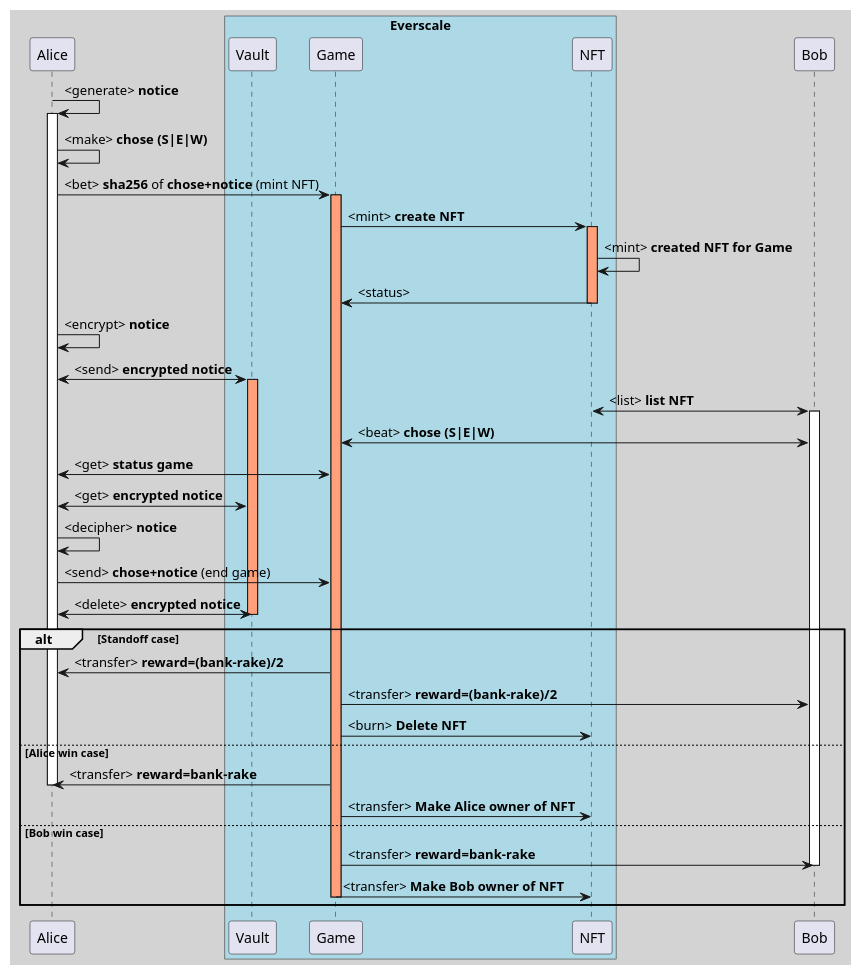
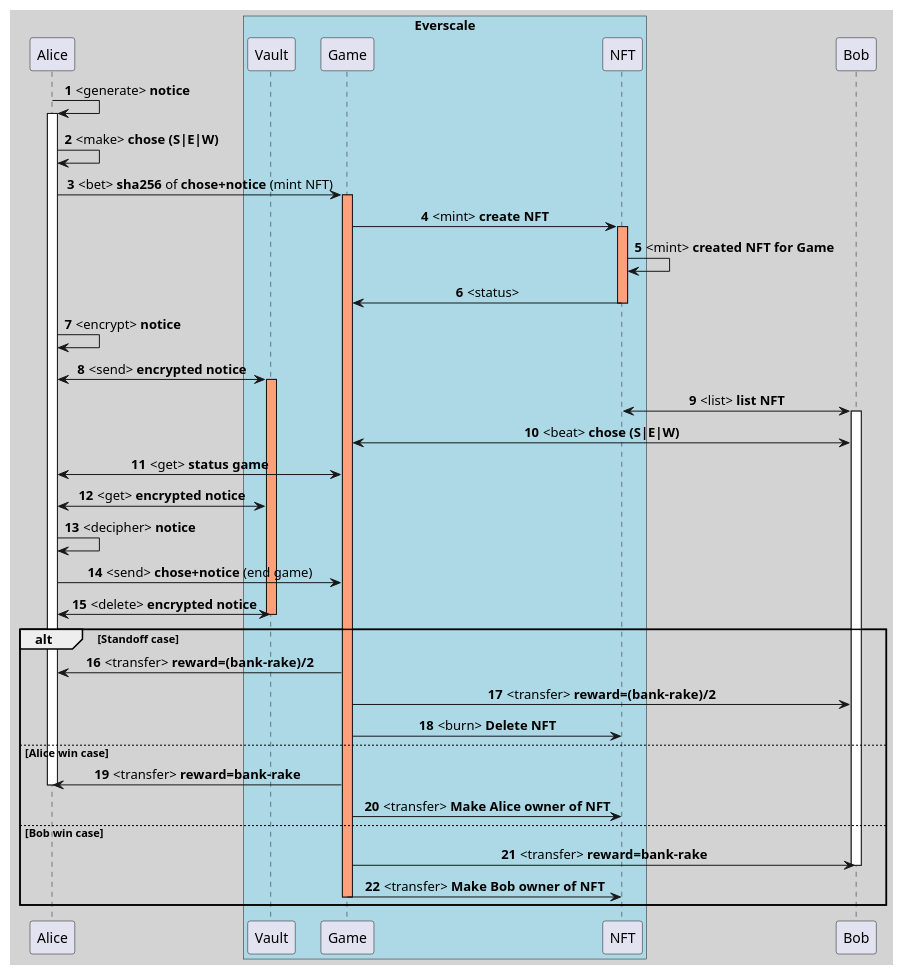
One commit to thanhlmm/Everscale-SEW changed the diagram in feature/flow.puml. Above: the diagram before and after it, drawn with PlantUML. The commit also changed 1 other file, not shown here.

```diff
--- a/feature/flow.puml
+++ b/feature/flow.puml
@@ -1,53 +1,56 @@
 @startuml
 skinparam shadowing false
 skinparam backgroundColor #LightGrey
 skinparam handwritten false
+skinparam sequenceMessageAlign center
+skinparam responseMessageBelowArrow true
+autonumber
 
 participant Alice
 
 box "Everscale" #LightBlue
 participant Vault
 participant Game
 participant NFT
 end box
 
 participant Bob
 
 Alice -> Alice: <generate> **notice**
 activate Alice
 Alice -> Alice: <make> **chose (S|E|W)**
 Alice -> Game: <bet> **sha256** of **chose+notice** (mint NFT)
 activate Game #LightSalmon
 Game -> NFT: <mint> **create NFT**
 activate NFT #LightSalmon
 NFT -> NFT: <mint> **created NFT for Game**
 NFT -> Game: <status>
 deactivate NFT
 Alice -> Alice: <encrypt> **notice**
 Alice <-> Vault: <send> **encrypted notice**
 activate Vault #LightSalmon
 Bob <-> NFT: <list> **list NFT**
 activate Bob
 Bob <-> Game: <beat> **chose (S|E|W)**
 Alice <-> Game: <get> **status game**
 
 Alice <-> Vault: <get> **encrypted notice**
 Alice -> Alice: <decipher> **notice**
 Alice -> Game: <send> **chose+notice** (end game)
 Alice <-> Vault: <delete> **encrypted notice**
 deactivate Vault
 alt Standoff case
     Game -> Alice: <transfer> **reward=(bank-rake)/2**
     Game -> Bob: <transfer> **reward=(bank-rake)/2**
     Game -> NFT: <burn> **Delete NFT**
 else Alice win case
     Game -> Alice: <transfer> **reward=bank-rake**
     deactivate Alice
     Game -> NFT: <transfer> **Make Alice owner of NFT**
 else Bob win case
     Game -> Bob: <transfer> **reward=bank-rake**
     deactivate Bob
     Game -> NFT: <transfer> **Make Bob owner of NFT**
     deactivate Game
 end
 @enduml
```
